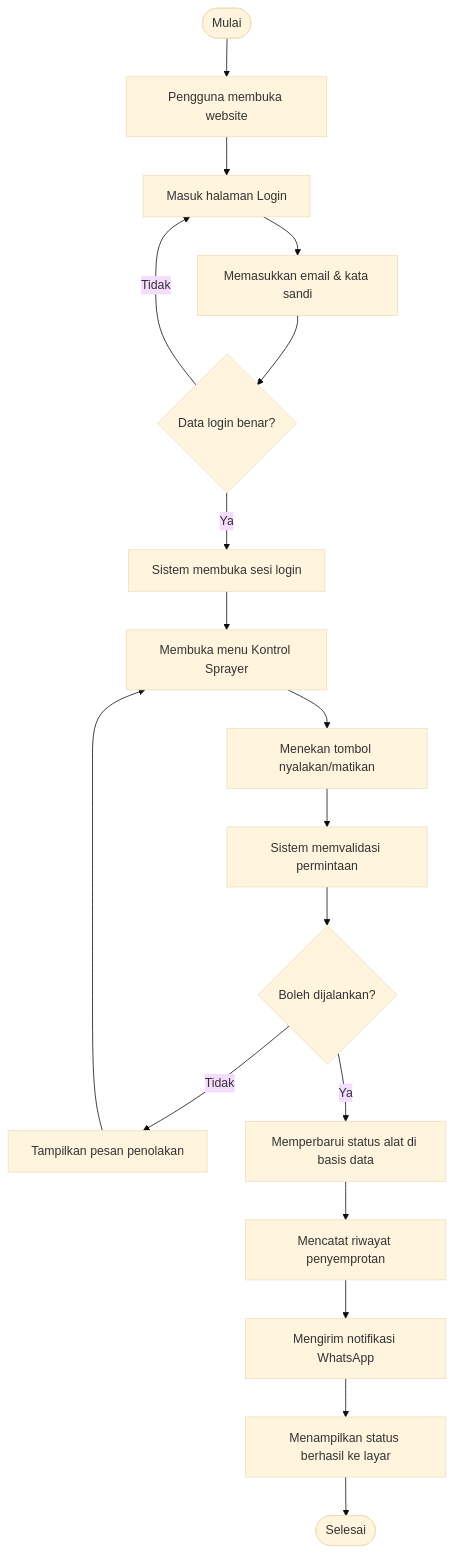
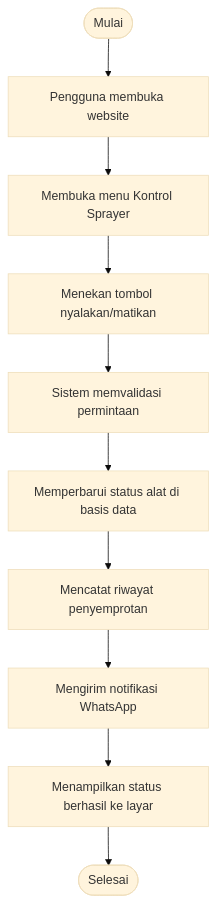
Before and after one commit to fadilsflow/wjdk000: the second of 4 diagrams in docs/uml-perancangan.md, drawn with Mermaid (base theme). The commit also changed other lines of this file and 26 other files, not shown here.

First line of the commit message:
Refactor UML documentation and diagrams for Smart Sprayer project

````diff
--- a/docs/uml-perancangan.md
+++ b/docs/uml-perancangan.md
@@ -55,20 +45,12 @@
 ```mermaid
 flowchart TD
     A([Mulai]) --> B[Pengguna membuka website]
-    B --> C[Masuk halaman Login]
-    C --> D[Memasukkan email & kata sandi]
-    D --> E{Data login benar?}
-    E -- Tidak --> C
-    E -- Ya --> F[Sistem membuka sesi login]
-    F --> G[Membuka menu Kontrol Sprayer]
-    G --> H[Menekan tombol nyalakan/matikan]
-    H --> I[Sistem memvalidasi permintaan]
-    I --> J{Boleh dijalankan?}
-    J -- Tidak --> K[Tampilkan pesan penolakan]
-    K --> G
-    J -- Ya --> L[Memperbarui status alat di basis data]
-    L --> M[Mencatat riwayat penyemprotan]
-    M --> N[Mengirim notifikasi WhatsApp]
-    N --> O[Menampilkan status berhasil ke layar]
-    O --> P([Selesai])
+    B --> C[Membuka menu Kontrol Sprayer]
+    C --> D[Menekan tombol nyalakan/matikan]
+    D --> E[Sistem memvalidasi permintaan]
+    E --> F[Memperbarui status alat di basis data]
+    F --> G[Mencatat riwayat penyemprotan]
+    G --> H[Mengirim notifikasi WhatsApp]
+    H --> I[Menampilkan status berhasil ke layar]
+    I --> J([Selesai])
 ```
````
